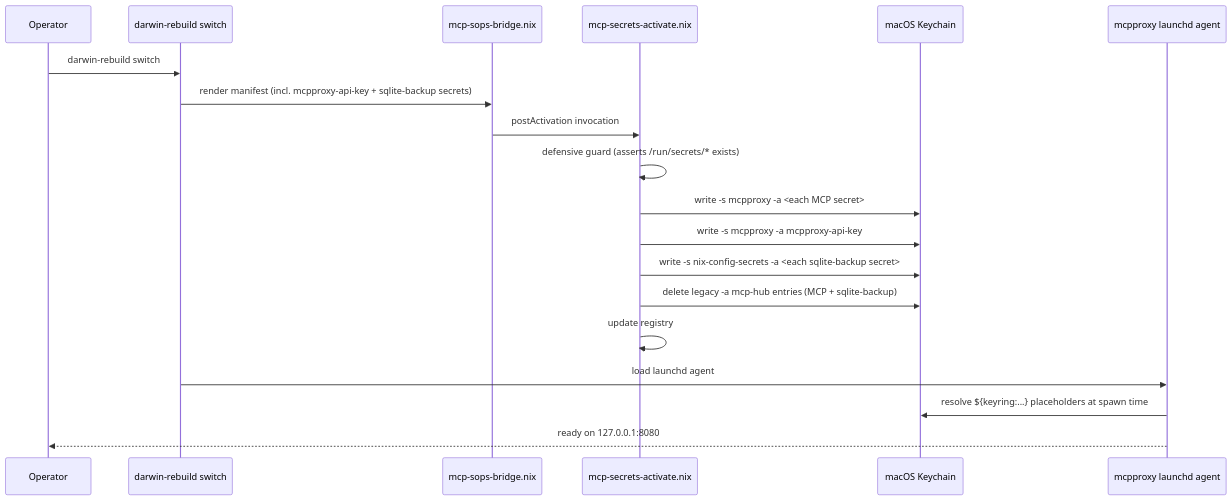
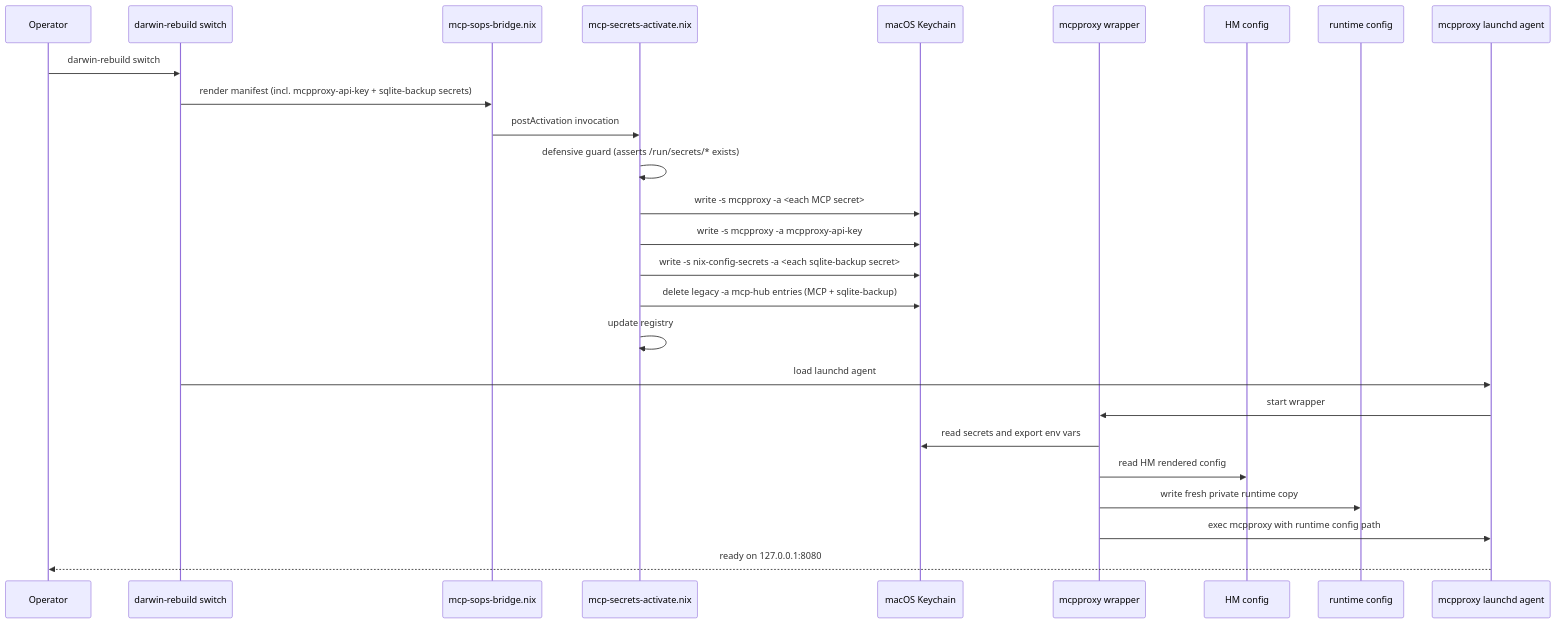
One commit to DWSR/nix-config changed the second of 5 diagrams in .kiro/specs/mcpproxy-migration/design.md. Above: the diagram before and after it, drawn with Mermaid. The commit also changed other lines of this file and 4 other files, not shown here.

Commit message:
docs(mcpproxy-migration): update config protection spec

````diff
--- a/.kiro/specs/mcpproxy-migration/design.md
+++ b/.kiro/specs/mcpproxy-migration/design.md
@@ -920,22 +970,29 @@
 ```mermaid
 sequenceDiagram
     participant Op as Operator
     participant DR as darwin-rebuild switch
     participant Bridge as mcp-sops-bridge.nix
     participant Act as mcp-secrets-activate.nix
     participant KC as macOS Keychain
+    participant Wrap as mcpproxy wrapper
+    participant Src as HM config
+    participant Run as runtime config
     participant MP as mcpproxy launchd agent
 
     Op->>DR: darwin-rebuild switch
     DR->>Bridge: render manifest (incl. mcpproxy-api-key + sqlite-backup secrets)
     Bridge->>Act: postActivation invocation
     Act->>Act: defensive guard (asserts /run/secrets/* exists)
     Act->>KC: write -s mcpproxy -a <each MCP secret>
     Act->>KC: write -s mcpproxy -a mcpproxy-api-key
     Act->>KC: write -s nix-config-secrets -a <each sqlite-backup secret>
     Act->>KC: delete legacy -a mcp-hub entries (MCP + sqlite-backup)
     Act->>Act: update registry
     DR->>MP: load launchd agent
-    MP->>KC: resolve ${keyring:...} placeholders at spawn time
+    MP->>Wrap: start wrapper
+    Wrap->>KC: read secrets and export env vars
+    Wrap->>Src: read HM rendered config
+    Wrap->>Run: write fresh private runtime copy
+    Wrap->>MP: exec mcpproxy with runtime config path
     MP-->>Op: ready on 127.0.0.1:8080
 ```
````
